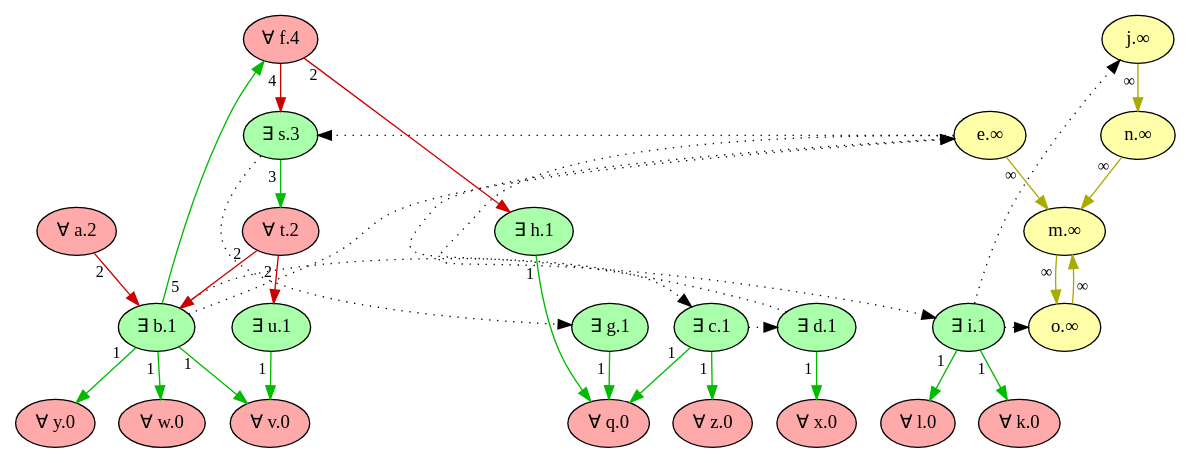
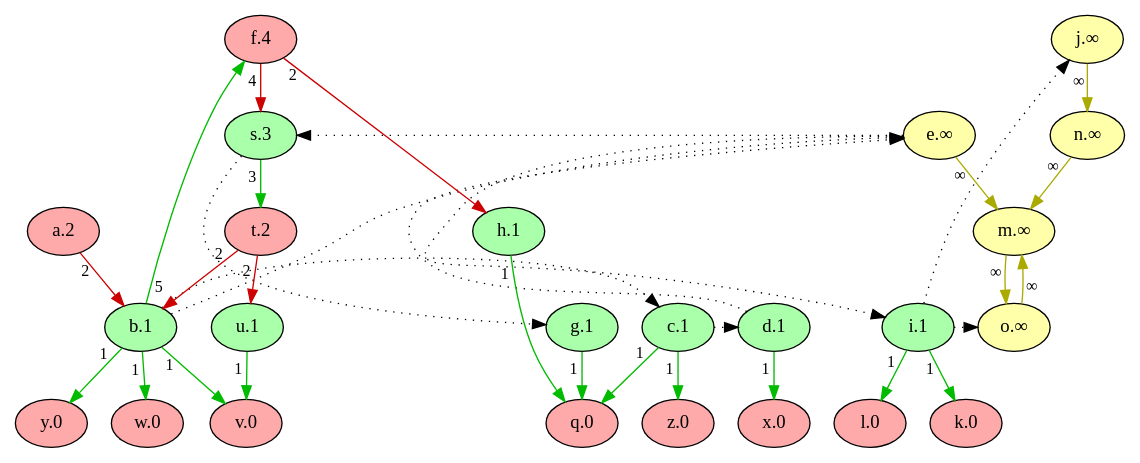
The diagram in Refactor/imgs/animal_wm_graph/clean_forward_game_wfs.dot (idaks/Games-and-Argumentation), drawn with Graphviz before and after one commit. The commit also changed 46 other files, not shown here.

Commit message:
add more graphviz settings

```diff
--- a/Refactor/imgs/animal_wm_graph/clean_forward_game_wfs.dot
+++ b/Refactor/imgs/animal_wm_graph/clean_forward_game_wfs.dot
@@ -1,73 +1,73 @@
 digraph {
     rankdir="TB"
     node [style=filled fontname="Palatino" fontsize=14]
     node [fillcolor="#AAFFAA"]
-    "u" [label="∃ u.1"]
-    "b" [label="∃ b.1"]
-    "c" [label="∃ c.1"]
-    "d" [label="∃ d.1"]
-    "i" [label="∃ i.1"]
-    "g" [label="∃ g.1"]
-    "h" [label="∃ h.1"]
-    "s" [label="∃ s.3"]
+    "u" [label=" u.1"]
+    "b" [label=" b.1"]
+    "c" [label=" c.1"]
+    "d" [label=" d.1"]
+    "i" [label=" i.1"]
+    "g" [label=" g.1"]
+    "h" [label=" h.1"]
+    "s" [label=" s.3"]
     node [fillcolor="#FFAAAA"]
-    "v" [label="∀ v.0"]
-    "z" [label="∀ z.0"]
-    "y" [label="∀ y.0"]
-    "x" [label="∀ x.0"]
-    "w" [label="∀ w.0"]
-    "q" [label="∀ q.0"]
-    "l" [label="∀ l.0"]
-    "k" [label="∀ k.0"]
-    "a" [label="∀ a.2"]
-    "t" [label="∀ t.2"]
-    "f" [label="∀ f.4"]
+    "v" [label=" v.0"]
+    "z" [label=" z.0"]
+    "y" [label=" y.0"]
+    "x" [label=" x.0"]
+    "w" [label=" w.0"]
+    "q" [label=" q.0"]
+    "l" [label=" l.0"]
+    "k" [label=" k.0"]
+    "a" [label=" a.2"]
+    "t" [label=" t.2"]
+    "f" [label=" f.4"]
     node [fillcolor="#FFFFAA"]
     "j" [label="j.∞"]
     "e" [label="e.∞"]
     "o" [label="o.∞"]
     "n" [label="n.∞"]
     "m" [label="m.∞"]
     edge[labeldistance=1.5 fontsize=12]
     edge [color="#CC0000" style="solid" dir="forward" taillabel="2"]
            "a" -> "b" 
            "t" -> "b" 
            "f" -> "h" 
            "t" -> "u" 
     edge [color="#00BB00" style="solid" dir="forward" taillabel="5"]
            "b" -> "f" 
     edge [color="#00BB00" style="solid" dir="forward" taillabel="1"]
            "i" -> "k" 
            "i" -> "l" 
            "g" -> "q" 
            "h" -> "q" 
            "c" -> "q" 
            "b" -> "v" 
            "u" -> "v" 
            "b" -> "w" 
            "d" -> "x" 
            "b" -> "y" 
            "c" -> "z" 
     edge [color="#AAAA00" style="solid" dir="forward" taillabel="∞"]
            "e" -> "m" 
            "o" -> "m" 
            "n" -> "m" 
            "j" -> "n" 
            "m" -> "o" 
     edge [color="#CC0000" style="solid" dir="forward" taillabel="4"]
            "f" -> "s" 
     edge [color="#00BB00" style="solid" dir="forward" taillabel="3"]
            "s" -> "t" 
     edge [color="black" style="dotted" dir="forward" taillabel="" constraint=false]
            "b" -> "c" 
            "c" -> "d" 
            "b" -> "e" 
            "d" -> "e" 
            "s" -> "g" 
            "e" -> "i" 
            "i" -> "j" 
            "i" -> "o" 
            "e" -> "s" 
     {rank = max v z y x w q l k}
     {rank = min f}
 }
```
